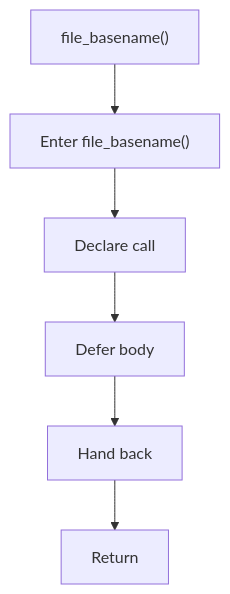
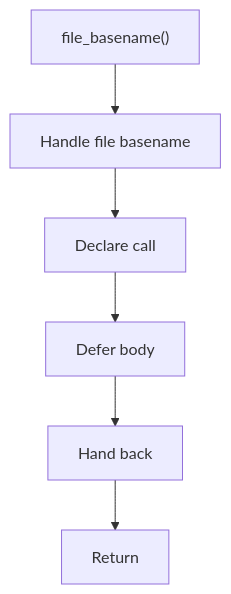
Before and after one commit to JohnAndrewBalbarosa/NeoTerritory: the diagram in docs/Codebase/Microservice/Modules/Header/SyntacticBrokenAST/HashingMechanism/HashLinks/Internal/Flow/functions/file_basename.hpp.md, drawn with Mermaid. The commit also changed other lines of this file and 925 other files, not shown here.

````diff
--- a/docs/Codebase/Microservice/Modules/Header/SyntacticBrokenAST/HashingMechanism/HashLinks/Internal/Flow/functions/file_basename.hpp.md
+++ b/docs/Codebase/Microservice/Modules/Header/SyntacticBrokenAST/HashingMechanism/HashLinks/Internal/Flow/functions/file_basename.hpp.md
@@ -16,14 +16,14 @@
 ```mermaid
 flowchart TD
     Start["file_basename()"]
-    N0["Enter file_basename()"]
+    N0["Handle file basename"]
     N1["Declare call"]
     N2["Defer body"]
     N3["Hand back"]
     End["Return"]
     Start --> N0
     N0 --> N1
     N1 --> N2
     N2 --> N3
     N3 --> End
 ```
````
